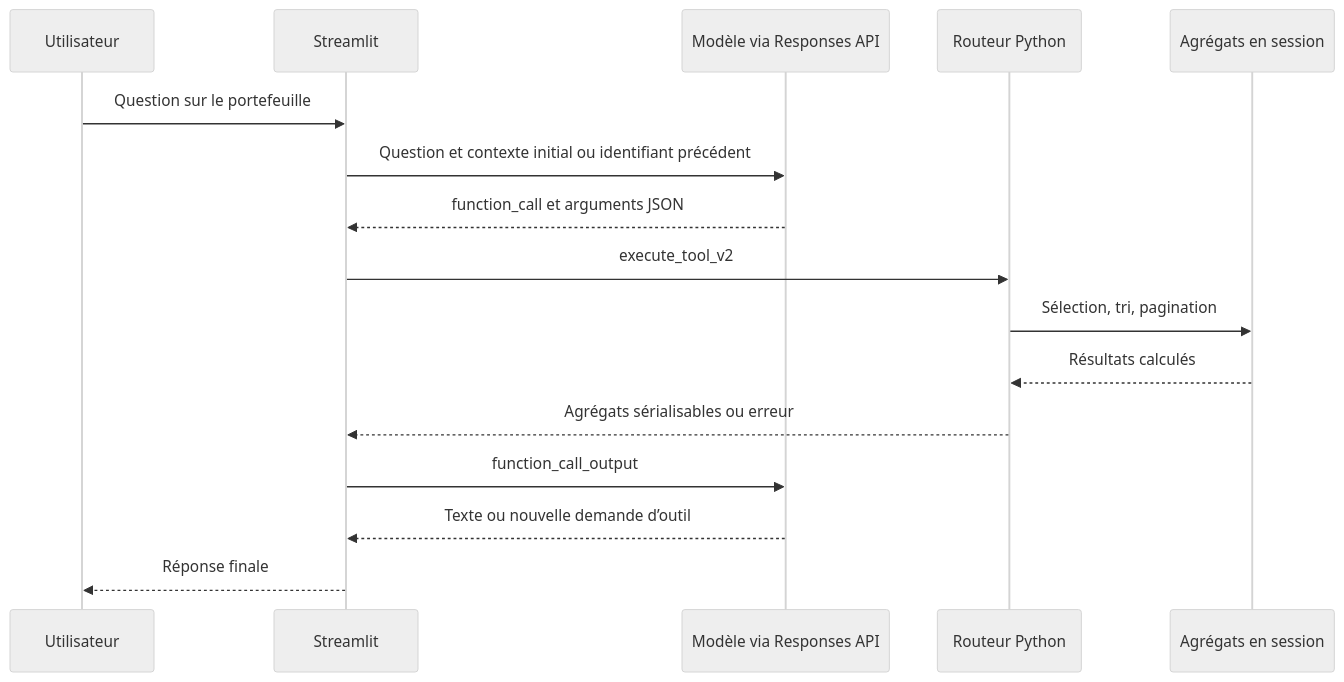
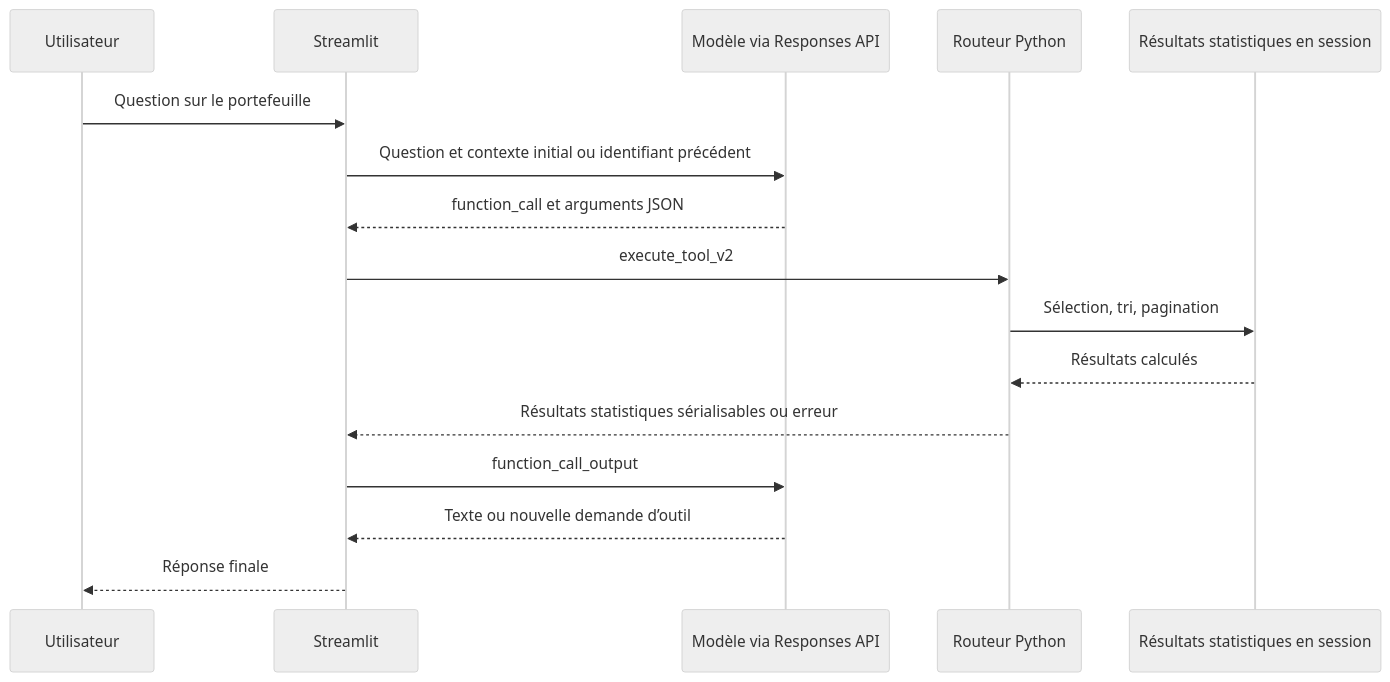
Before and after one commit to Hrazafin78/actuarial-portfolio-analyst-agent: the diagram in docs/agent-ia.md, drawn with Mermaid (neutral theme). The commit also changed other lines of this file and 23 other files, not shown here.

````diff
--- a/docs/agent-ia.md
+++ b/docs/agent-ia.md
@@ -11,18 +11,18 @@
 ```mermaid
 sequenceDiagram
     participant U as Utilisateur
     participant S as Streamlit
     participant L as Modèle via Responses API
     participant T as Routeur Python
-    participant A as Agrégats en session
+    participant A as Résultats statistiques en session
     U->>S: Question sur le portefeuille
     S->>L: Question et contexte initial ou identifiant précédent
     L-->>S: function_call et arguments JSON
     S->>T: execute_tool_v2
     T->>A: Sélection, tri, pagination
     A-->>T: Résultats calculés
-    T-->>S: Agrégats sérialisables ou erreur
+    T-->>S: Résultats statistiques sérialisables ou erreur
     S->>L: function_call_output
     L-->>S: Texte ou nouvelle demande d’outil
     S-->>U: Réponse finale
 ```
````
